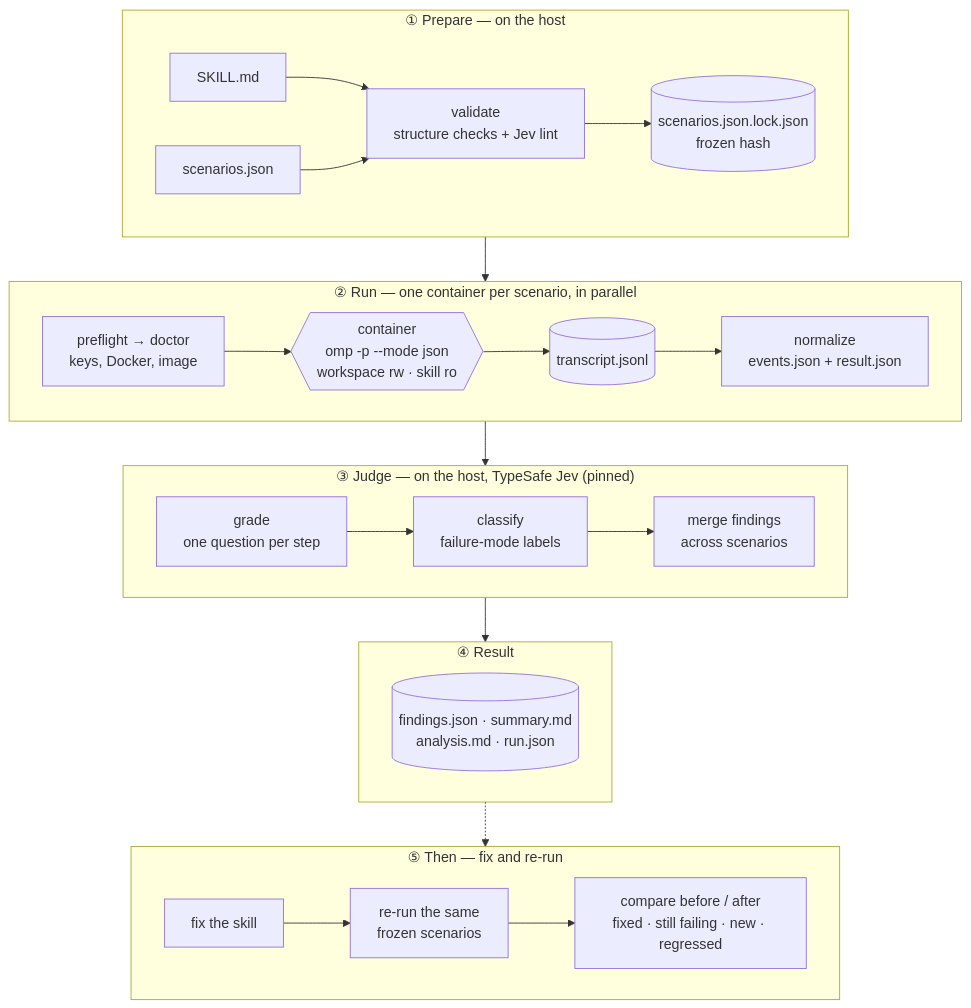
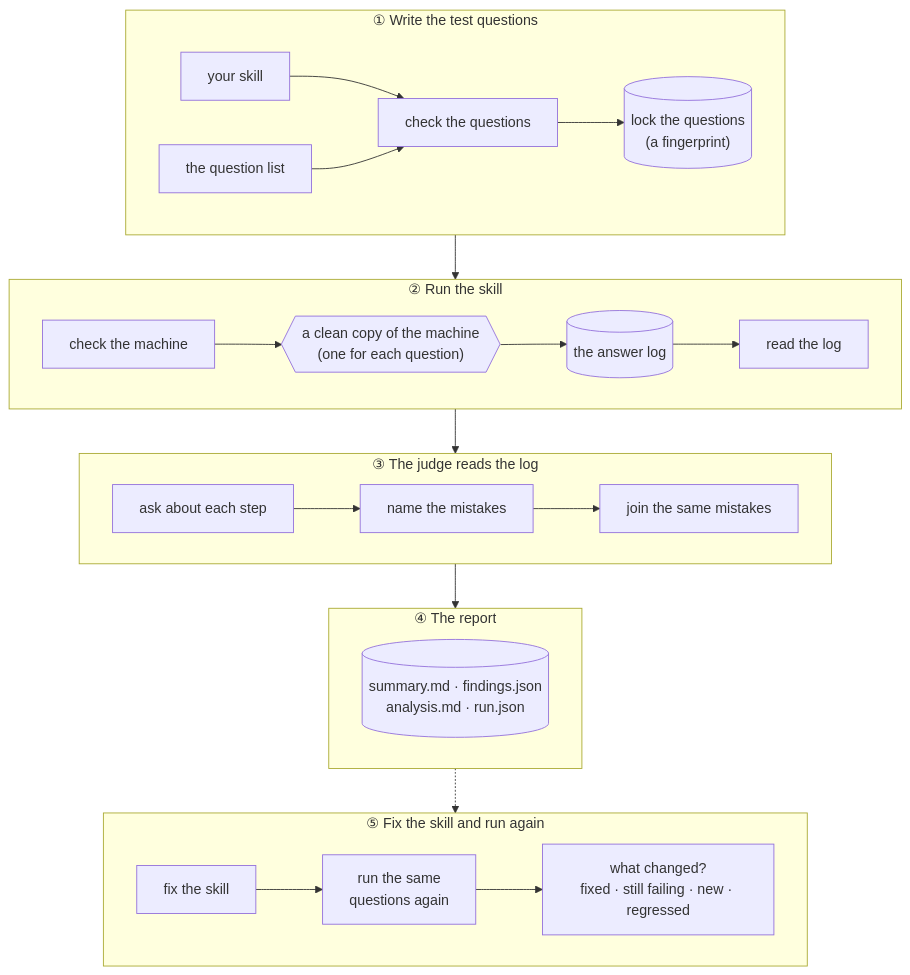
The diagram in README.md (nicolas-found42/skill-eval), drawn with Mermaid before and after one commit. The commit also changed other lines of this file, not shown here.

Commit message:
Simplify the How-it-works picture for people who do not code
The picture used tool words: preflight, doctor, normalize, classify, merge.
Replace them with plain words (check the machine, read the log, name the
mistakes) and rewrite the five steps below the picture in the same voice.
The names of the files and commands stay, so the picture still matches the
tool.

````diff
--- a/README.md
+++ b/README.md
@@ -91,34 +91,34 @@
 ```mermaid
 flowchart TB
-  subgraph prep["① Prepare — on the host"]
+  subgraph prep["① Write the test questions"]
     direction LR
-    skill["SKILL.md"] --> val["validate<br/>structure checks + Jev lint"]
-    scen["scenarios.json"] --> val
-    val --> lock[("scenarios.json.lock.json<br/>frozen hash")]
+    skill["your skill"] --> val["check the questions"]
+    scen["the question list"] --> val
+    val --> lock[("lock the questions<br/>(a fingerprint)")]
   end
 
-  subgraph run["② Run — one container per scenario, in parallel"]
+  subgraph run["② Run the skill"]
     direction LR
-    pre["preflight → doctor<br/>keys, Docker, image"] --> ctr{{"container<br/>omp -p --mode json<br/>workspace rw · skill ro"}} --> tr[("transcript.jsonl")] --> norm["normalize<br/>events.json + result.json"]
+    pre["check the machine"] --> ctr{{"a clean copy of the machine<br/>(one for each question)"}} --> tr[("the answer log")] --> norm["read the log"]
   end
 
-  subgraph judge["③ Judge — on the host, TypeSafe Jev (pinned)"]
+  subgraph judge["③ The judge reads the log"]
     direction LR
-    grade["grade<br/>one question per step"] --> classify["classify<br/>failure-mode labels"] --> merge["merge findings<br/>across scenarios"]
+    grade["ask about each step"] --> classify["name the mistakes"] --> merge["join the same mistakes"]
   end
 
-  subgraph result["④ Result"]
+  subgraph result["④ The report"]
     direction LR
-    files[("findings.json · summary.md<br/>analysis.md · run.json")]
+    files[("summary.md · findings.json<br/>analysis.md · run.json")]
   end
 
-  subgraph again["⑤ Then — fix and re-run"]
+  subgraph again["⑤ Fix the skill and run again"]
     direction LR
-    fix["fix the skill"] --> rerun["re-run the same<br/>frozen scenarios"] --> cmp["compare before / after<br/>fixed · still failing · new · regressed"]
+    fix["fix the skill"] --> rerun["run the same<br/>questions again"] --> cmp["what changed?<br/>fixed · still failing · new · regressed"]
   end
 
   lock --> pre
   norm --> grade
   merge --> files
   files -.-> fix
 ```
````
